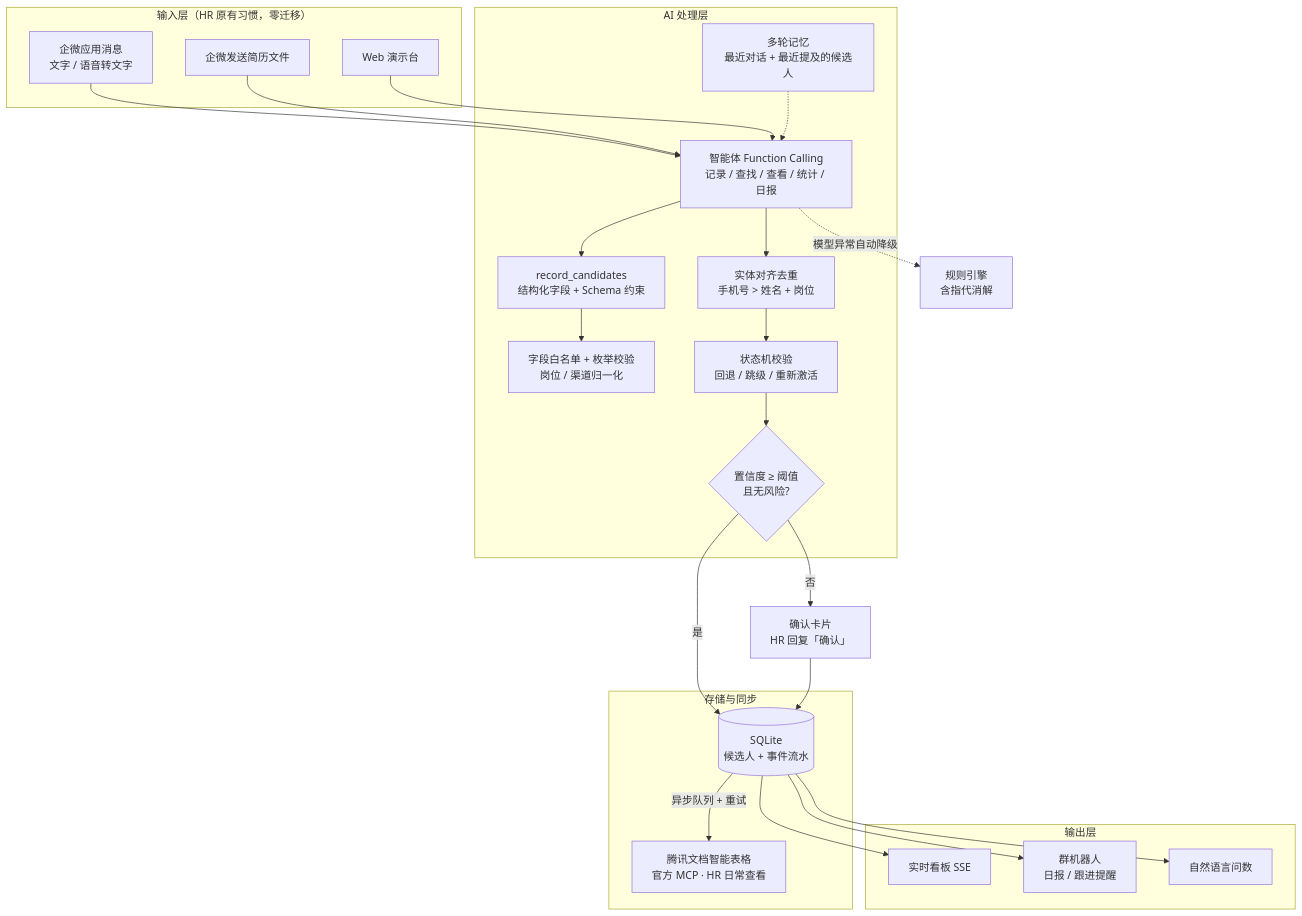
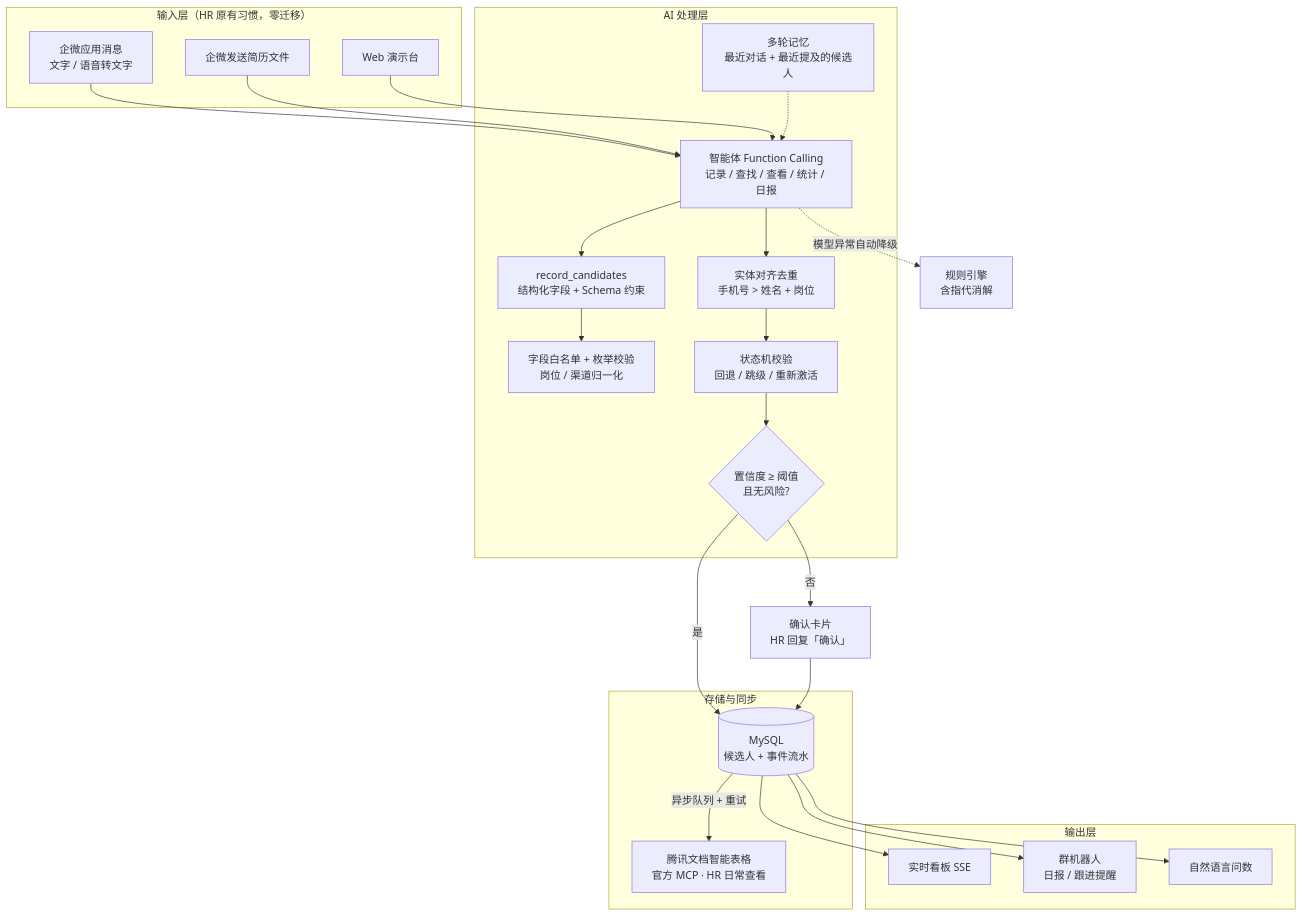
Before and after one commit to soyorin33/recruit-ai-assistant: the diagram in README.md, drawn with Mermaid. The commit also changed other lines of this file and 17 other files, not shown here.

````diff
--- a/README.md
+++ b/README.md
@@ -64,33 +66,33 @@
 ```mermaid
 flowchart TB
   subgraph 输入["输入层（HR 原有习惯，零迁移）"]
     A1[企微应用消息<br/>文字 / 语音转文字]
     A2[企微发送简历文件]
     A3[Web 演示台]
   end
   subgraph AI["AI 处理层"]
     M[多轮记忆<br/>最近对话 + 最近提及的候选人]
     B1[智能体 Function Calling<br/>记录 / 查找 / 查看 / 统计 / 日报]
     B2[record_candidates<br/>结构化字段 + Schema 约束]
     B3[字段白名单 + 枚举校验<br/>岗位 / 渠道归一化]
     B4[实体对齐去重<br/>手机号 > 姓名 + 岗位]
     B5[状态机校验<br/>回退 / 跳级 / 重新激活]
     B6{置信度 ≥ 阈值<br/>且无风险?}
   end
   subgraph 数据["存储与同步"]
-    C1[(SQLite<br/>候选人 + 事件流水)]
+    C1[(MySQL<br/>候选人 + 事件流水)]
     C2[腾讯文档智能表格<br/>官方 MCP · HR 日常查看]
   end
   subgraph 输出["输出层"]
     D1[实时看板 SSE]
     D2[群机器人<br/>日报 / 跟进提醒]
     D3[自然语言问数]
   end
   A1 & A2 & A3 --> B1 --> B2 --> B3
   M -.-> B1 --> B4 --> B5 --> B6
   B6 -- 是 --> C1
   B6 -- 否 --> E[确认卡片<br/>HR 回复「确认」] --> C1
   C1 -- 异步队列 + 重试 --> C2
   C1 --> D1 & D2 & D3
   B1 -. 模型异常自动降级 .-> R[规则引擎<br/>含指代消解]
 ```
````
